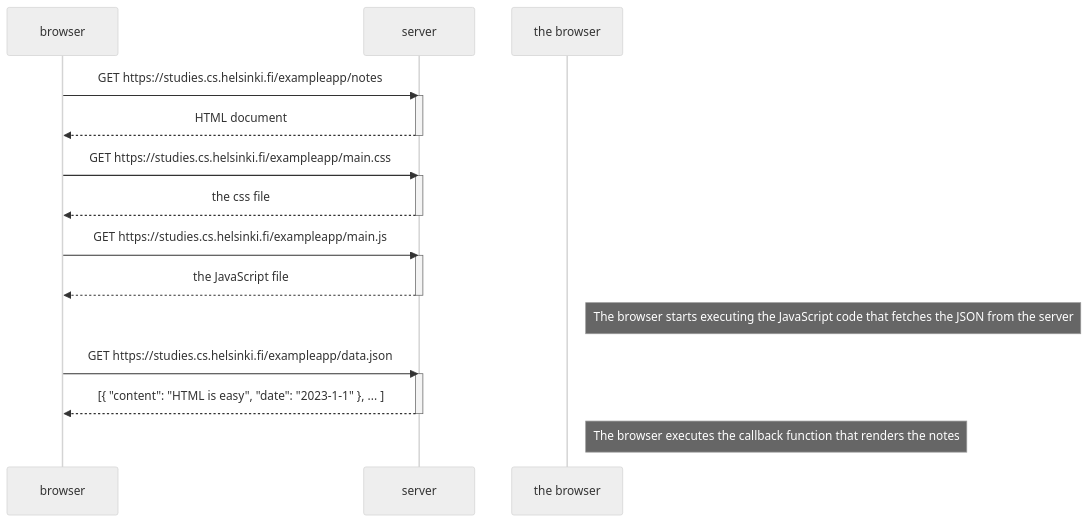
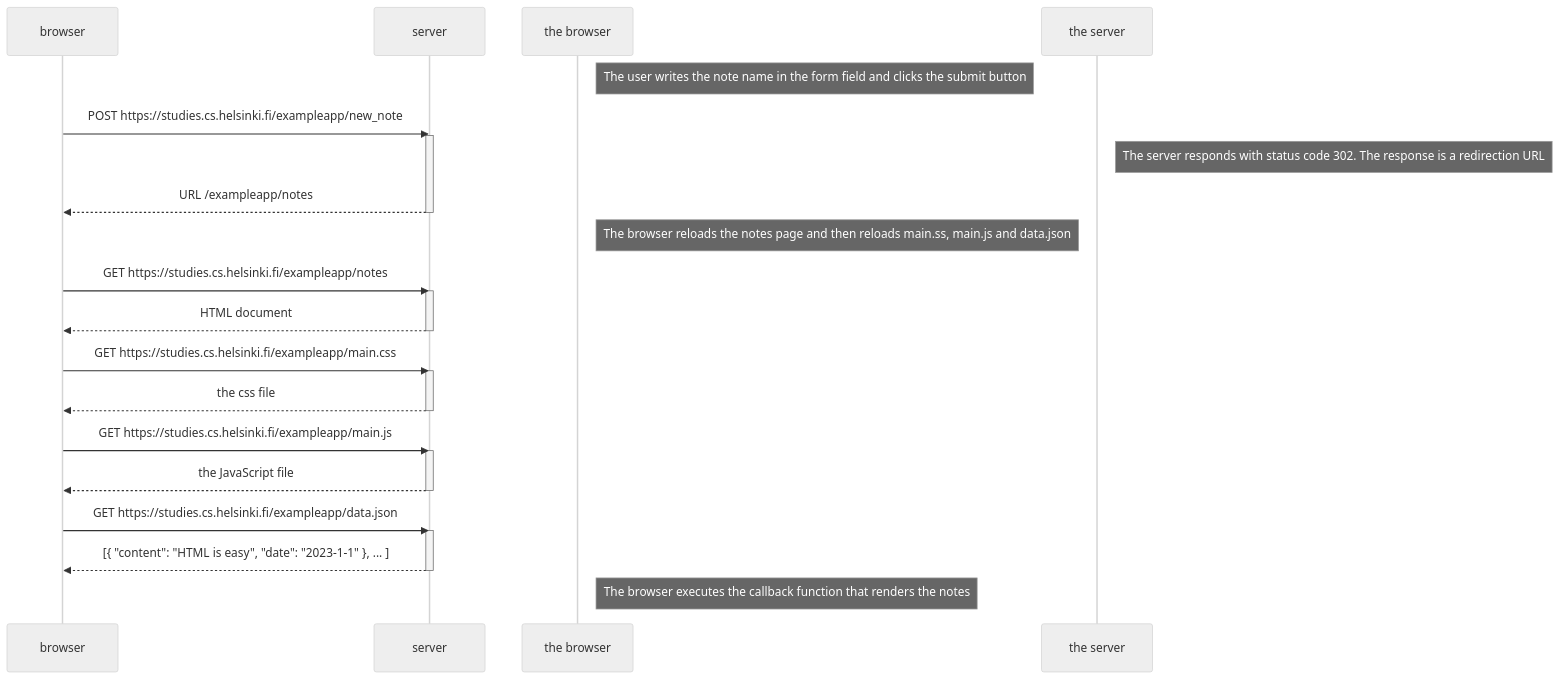
The diagram in README.md (fparlanti/fullstackopen), drawn with Mermaid (neutral theme) before and after one commit.

````diff
--- a/README.md
+++ b/README.md
@@ -4,29 +4,38 @@
 ```mermaid
 sequenceDiagram
     participant browser
     participant server
+
+    Note right of the browser: The user writes the note name in the form field and clicks the submit button
+
+    browser->>server: POST https://studies.cs.helsinki.fi/exampleapp/new_note
+    activate server
+    Note right of the server: The server responds with status code 302. The response is a redirection URL 
+    server-->>browser: URL /exampleapp/notes
+    deactivate server
+
+    Note right of the browser: The browser reloads the notes page and then reloads main.ss, main.js and data.json
 
     browser->>server: GET https://studies.cs.helsinki.fi/exampleapp/notes
     activate server
     server-->>browser: HTML document
     deactivate server
 
     browser->>server: GET https://studies.cs.helsinki.fi/exampleapp/main.css
     activate server
     server-->>browser: the css file
     deactivate server
 
     browser->>server: GET https://studies.cs.helsinki.fi/exampleapp/main.js
     activate server
     server-->>browser: the JavaScript file
     deactivate server
 
-    Note right of the browser: The browser starts executing the JavaScript code that fetches the JSON from the server
 
     browser->>server: GET https://studies.cs.helsinki.fi/exampleapp/data.json
     activate server
     server-->>browser: [{ "content": "HTML is easy", "date": "2023-1-1" }, ... ]
     deactivate server
 
     Note right of the browser: The browser executes the callback function that renders the notes
 ```
````
